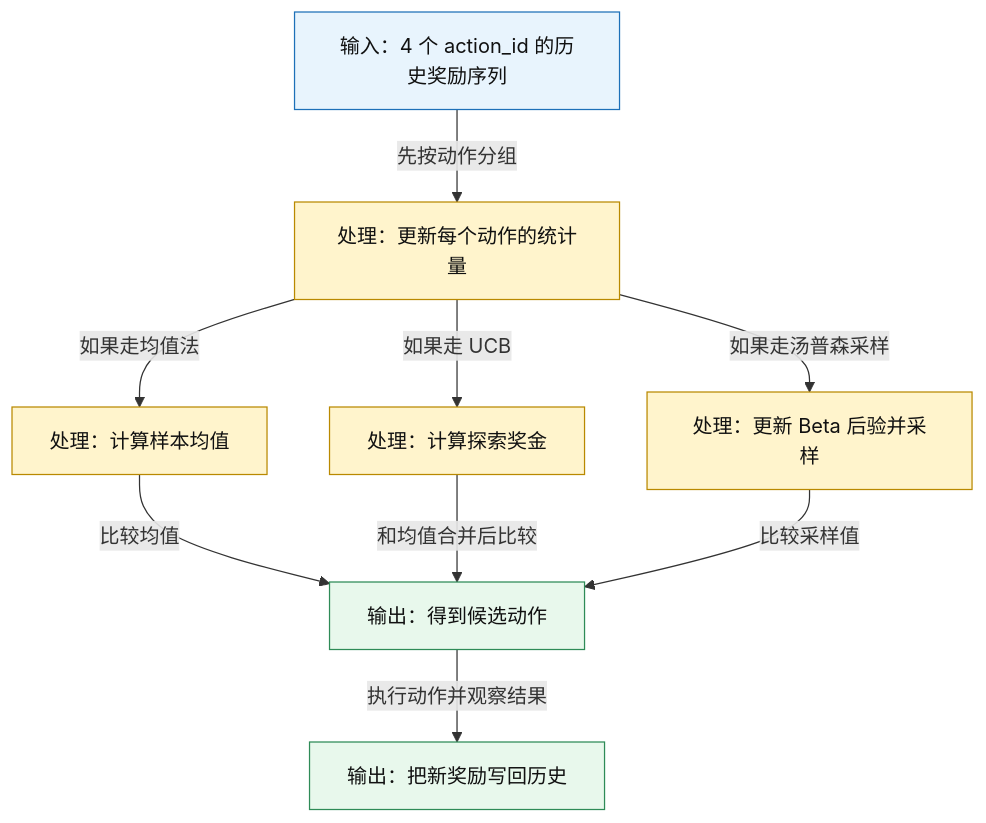
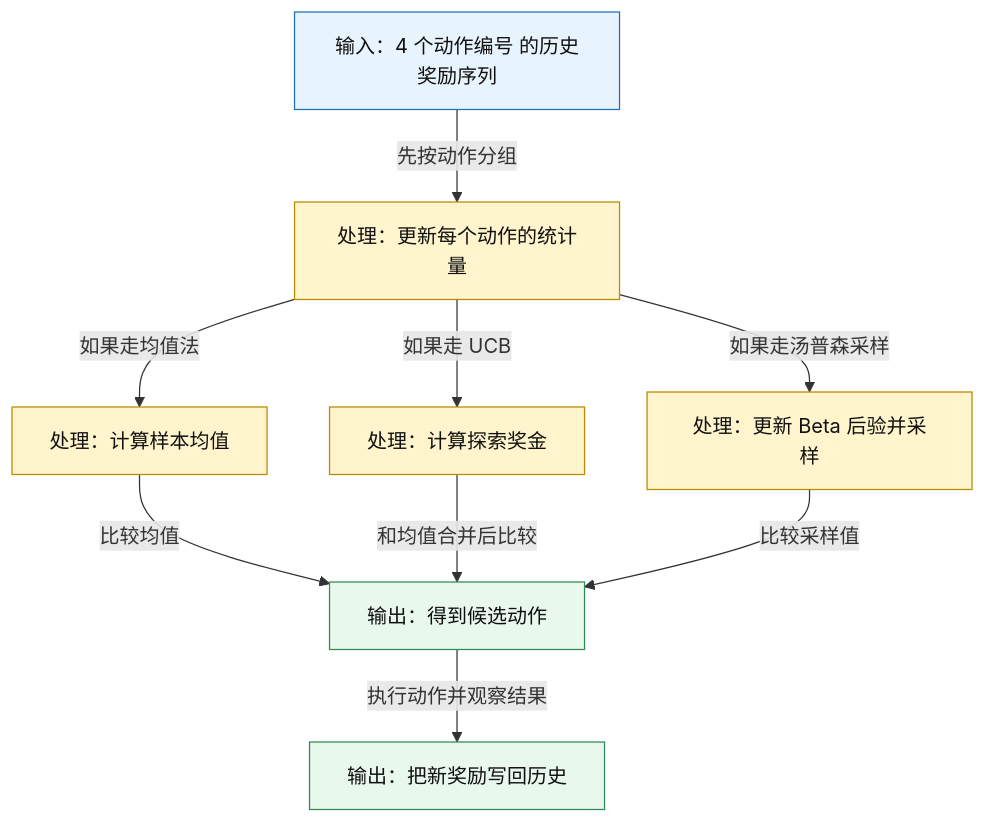
One commit to Mrphase/RL-Doc changed the sixth of 7 diagrams in learn/04_Multi_Armed_Bandits.md. Above: the diagram before and after it, drawn with Mermaid. The commit also changed other lines of this file and 14 other files, not shown here.

First line of the commit message:
fix: clean mermaid labels in learn docs

````diff
--- a/learn/04_Multi_Armed_Bandits.md
+++ b/learn/04_Multi_Armed_Bandits.md
@@ -638,19 +638,19 @@
 ```mermaid
 flowchart TD
-    A[输入：4 个 action_id 的历史奖励序列] -->|先按动作分组| B[处理：更新每个动作的统计量]
+    A[输入：4 个动作编号 的历史奖励序列] -->|先按动作分组| B[处理：更新每个动作的统计量]
     B -->|如果走均值法| C[处理：计算样本均值]
     B -->|如果走 UCB| D[处理：计算探索奖金]
     B -->|如果走汤普森采样| E[处理：更新 Beta 后验并采样]
     C -->|比较均值| F[输出：得到候选动作]
     D -->|和均值合并后比较| F
     E -->|比较采样值| F
     F -->|执行动作并观察结果| G[输出：把新奖励写回历史]
 
     classDef input fill:#E8F4FD,stroke:#1D70B8,color:#111;
     classDef process fill:#FFF4CC,stroke:#B98900,color:#111;
     classDef output fill:#E8F8EC,stroke:#2E8B57,color:#111;
 
     class A input;
     class B,C,D,E process;
     class F,G output;
 ```
````
